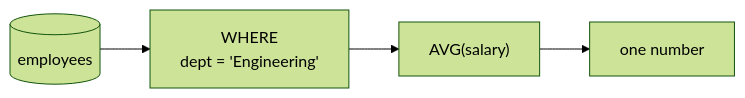
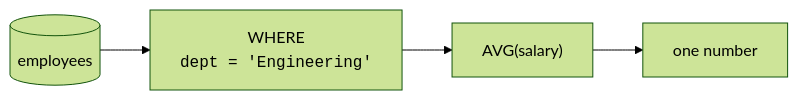
The second of 2 diagrams in content/learn/intro-sql-postgres/aggregate-functions.mdx (dataslope/dataslope), drawn with Mermaid (forest theme) before and after one commit. The commit also changed 100 other files, not shown here.

First line of the commit message:
Wrap more code in diagram labels: filenames, hex, assignments, subgraph titles

````diff
--- a/content/learn/intro-sql-postgres/aggregate-functions.mdx
+++ b/content/learn/intro-sql-postgres/aggregate-functions.mdx
@@ -101,6 +101,6 @@
 ```mermaid
 flowchart LR
-    T[("employees")] --> W["WHERE<br/>dept = 'Engineering'"]
+    T[("employees")] --> W["WHERE<br/><code>dept = 'Engineering'</code>"]
     W --> A["AVG(salary)"]
     A --> R["one number"]
 ```
````
